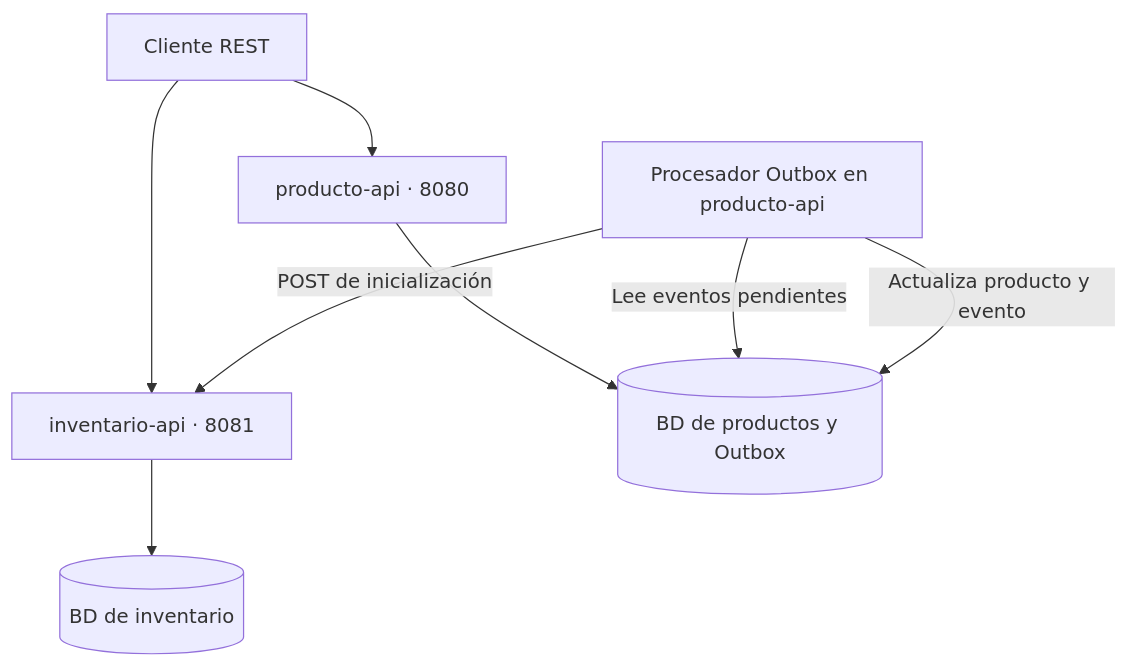
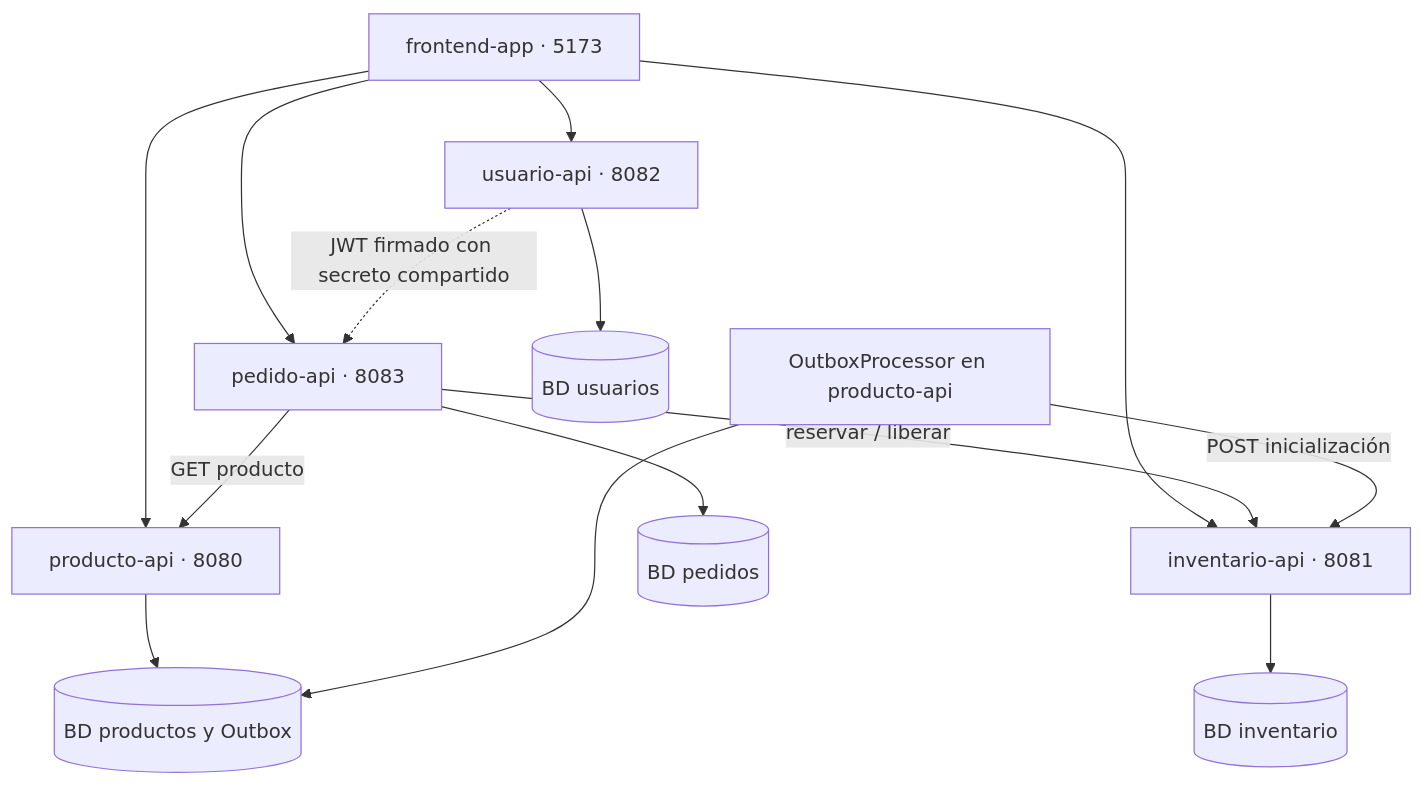
Before and after one commit to DanielMelejPinto/e-commerce: the diagram in README.md, drawn with Mermaid. The commit also changed other lines of this file, not shown here.

````diff
--- a/README.md
+++ b/README.md
@@ -87,10 +102,16 @@
 ```mermaid
 flowchart TD
-    C["Cliente REST"] --> P["producto-api · 8080"]
-    C --> I["inventario-api · 8081"]
-    P --> D[("BD de productos y Outbox")]
-    W["Procesador Outbox en producto-api"] -->|Lee eventos pendientes| D
-    W -->|POST de inicialización| I
-    W -->|Actualiza producto y evento| D
-    I --> S[("BD de inventario")]
+    F["frontend-app · 5173"] --> U["usuario-api · 8082"]
+    F --> P["producto-api · 8080"]
+    F --> I["inventario-api · 8081"]
+    F --> O["pedido-api · 8083"]
+    O -->|"GET producto"| P
+    O -->|"reservar / liberar"| I
+    P --> D[("BD productos y Outbox")]
+    W["OutboxProcessor en producto-api"] -->|"POST inicialización"| I
+    W --> D
+    I --> S[("BD inventario")]
+    U --> DU[("BD usuarios")]
+    O --> DO[("BD pedidos")]
+    U -. "JWT firmado con secreto compartido" .-> O
 ```
````
